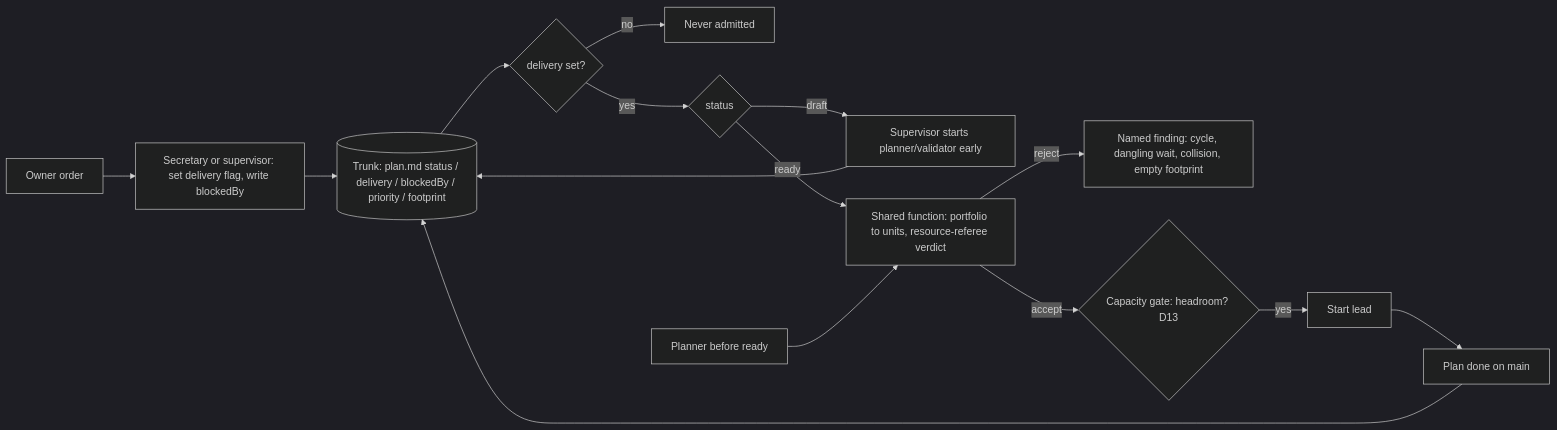
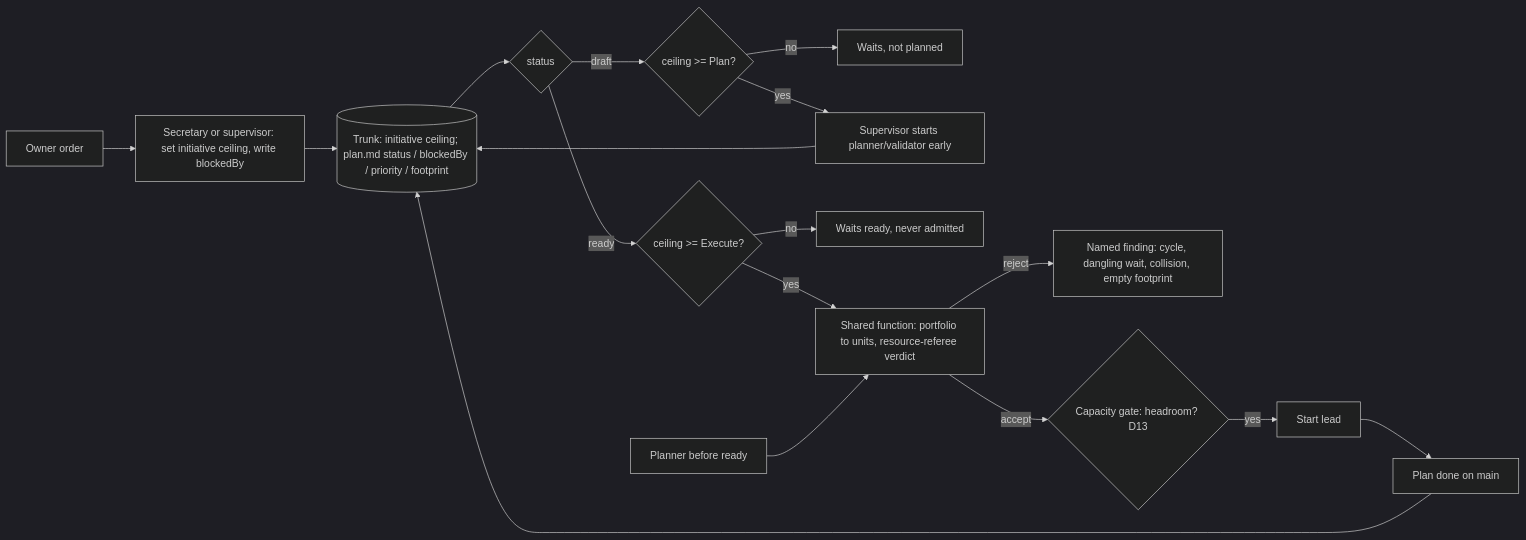
The diagram in plans/discussions/ds-ipvis4jkpc-release-chain-command/DISCUSSION.md (vantt/forgent), drawn with Mermaid (dark theme) before and after one commit. The commit also changed other lines of this file, not shown here.

Commit message:
discussion(release-chain-command): stage ceiling on the initiative supersedes the delivery flag; capacity gate is p-kvqp2ih4mf

````diff
--- a/plans/discussions/ds-ipvis4jkpc-release-chain-command/DISCUSSION.md
+++ b/plans/discussions/ds-ipvis4jkpc-release-chain-command/DISCUSSION.md
@@ -121,15 +125,17 @@
 ```mermaid
 flowchart LR
-  O[Owner order] --> W[Secretary or supervisor: set delivery flag, write blockedBy]
-  W --> T[(Trunk: plan.md status / delivery / blockedBy / priority / footprint)]
-  T --> F{delivery set?}
-  F -- no --> X[Never admitted]
-  F -- yes --> V{status}
-  V -- draft --> P[Supervisor starts planner/validator early]
+  O[Owner order] --> W[Secretary or supervisor: set initiative ceiling, write blockedBy]
+  W --> T[(Trunk: initiative ceiling; plan.md status / blockedBy / priority / footprint)]
+  T --> V{status}
+  V -- draft --> F1{ceiling >= Plan?}
+  F1 -- no --> X1[Waits, not planned]
+  F1 -- yes --> P[Supervisor starts planner/validator early]
   P --> T
-  V -- ready --> R[Shared function: portfolio to units, resource-referee verdict]
+  V -- ready --> F2{ceiling >= Execute?}
+  F2 -- no --> X2[Waits ready, never admitted]
+  F2 -- yes --> R[Shared function: portfolio to units, resource-referee verdict]
   R -- reject --> N[Named finding: cycle, dangling wait, collision, empty footprint]
   R -- accept --> C{Capacity gate: headroom? D13}
   C -- yes --> A[Start lead] --> D[Plan done on main] --> T
   PL[Planner before ready] --> R
 ```
````
